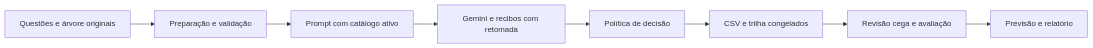
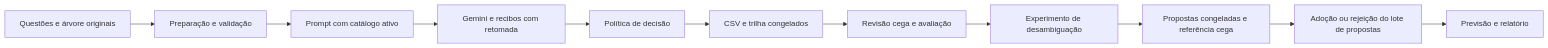
Before and after one commit to JoaoRoberto1/case-vicio-ia-classificacao-topicos: the diagram in README.md, drawn with Mermaid. The commit also changed other lines of this file and 68 other files, not shown here.

Commit message:
Atualiza documentação e CSV do módulo 5C, incluindo resultados de avaliação e ajustes de propostas. Adiciona testes para o experimento de cobertura, garantindo a integridade das decisões e referências. Modifica a lógica de decisão para propostas com base em novas regras e critérios de avaliação.

````diff
--- a/README.md
+++ b/README.md
@@ -76,10 +80,13 @@
 ```mermaid
 flowchart LR
     A[Questões e árvore originais] --> B[Preparação e validação]
     B --> C[Prompt com catálogo ativo]
     C --> D[Gemini e recibos com retomada]
     D --> E[Política de decisão]
     E --> F[CSV e trilha congelados]
     F --> G[Revisão cega e avaliação]
-    G --> H[Previsão e relatório]
+    G --> I[Experimento de desambiguação]
+    I --> J[Propostas congeladas e referência cega]
+    J --> K[Adoção ou rejeição do lote de propostas]
+    K --> H[Previsão e relatório]
 ```
````
